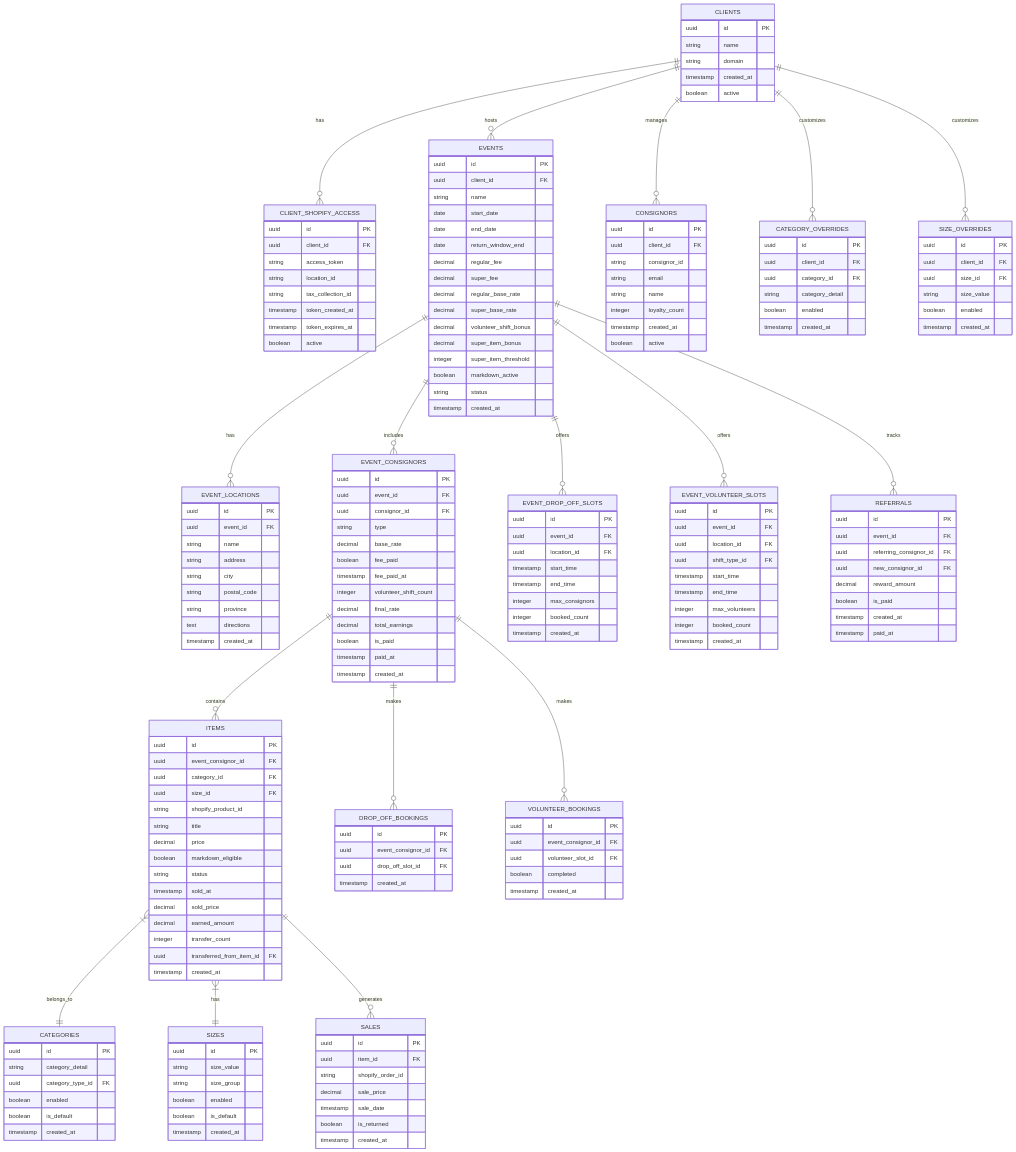
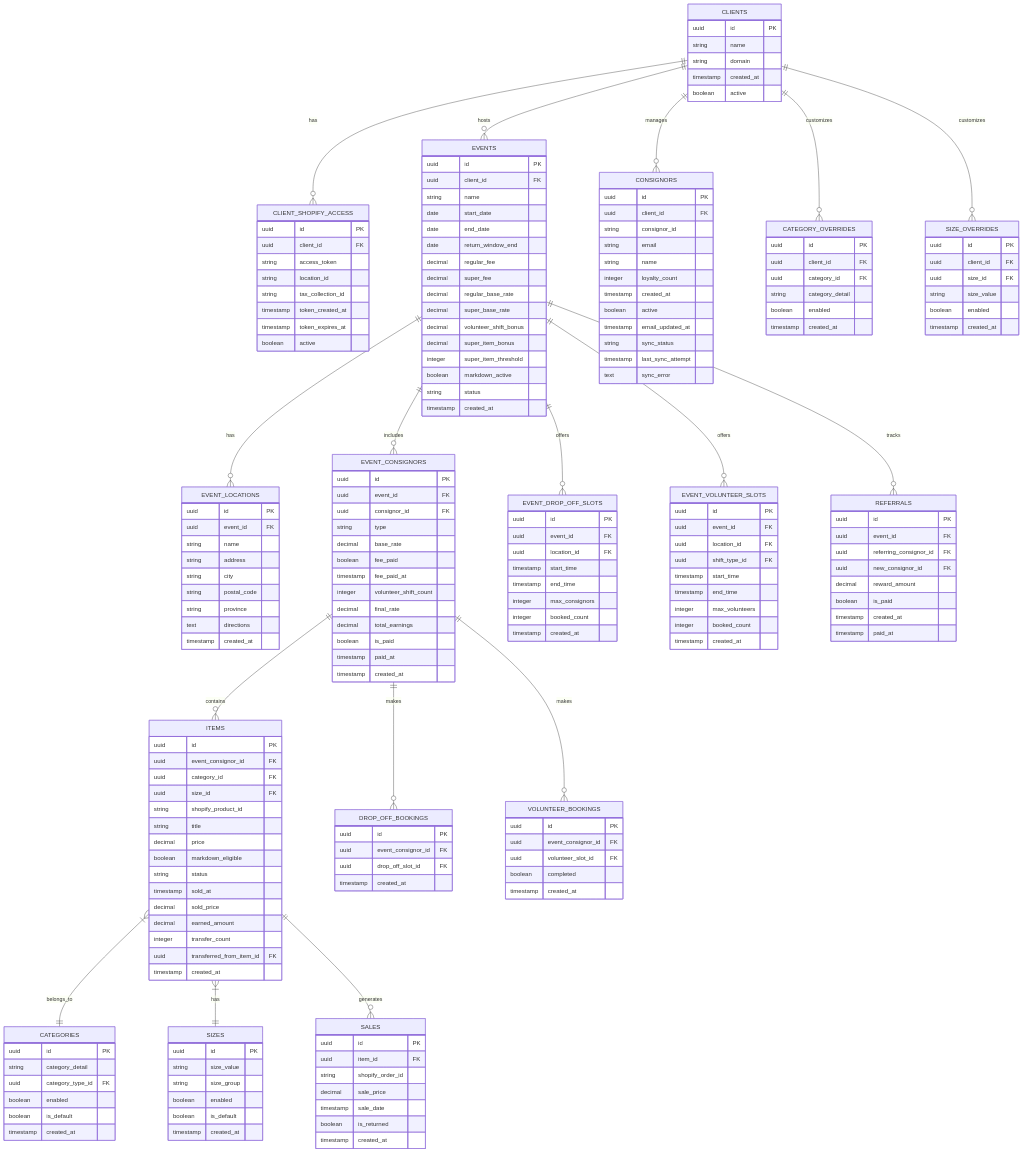
The diagram in docs/diagrams/complete-data-model.mmd (atEverychance/ProjectCR), drawn with Mermaid before and after one commit. The commit also changed 13 other files, not shown here.

```diff
--- a/docs/diagrams/complete-data-model.mmd
+++ b/docs/diagrams/complete-data-model.mmd
@@ -61,6 +61,10 @@
         integer loyalty_count
         timestamp created_at
         boolean active
+        timestamp email_updated_at
+        string sync_status
+        timestamp last_sync_attempt
+        text sync_error
     }
 
     EVENT_CONSIGNORS {
```
